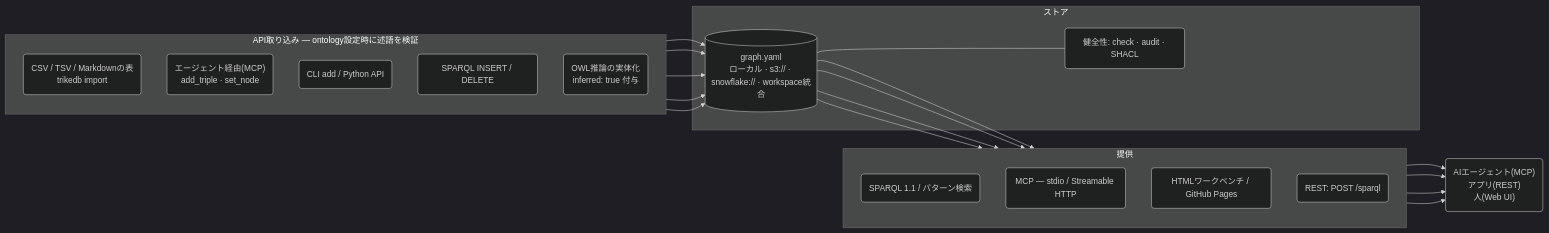
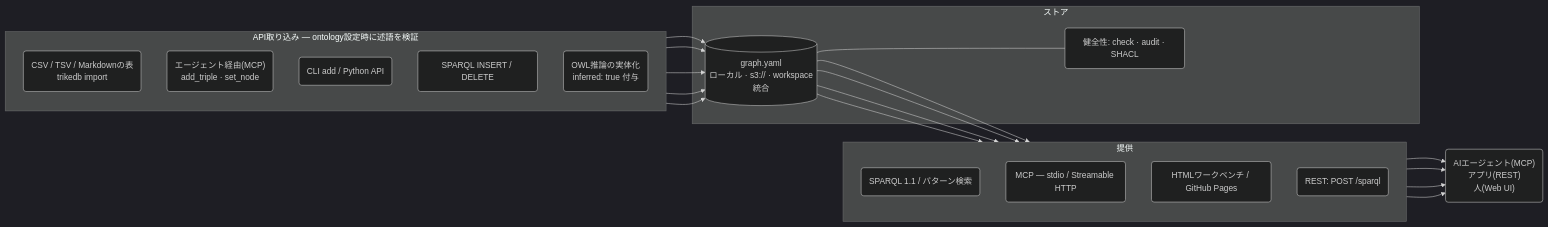
The first of 2 diagrams in docs/REFERENCE_jp.md (RyutoYoda/trikedb), drawn with Mermaid (dark theme) before and after one commit. The commit also changed other lines of this file and 53 other files, not shown here.

First line of the commit message:
Remove warehouse graph-document storage (#65)

````diff
--- a/docs/REFERENCE_jp.md
+++ b/docs/REFERENCE_jp.md
@@ -21,41 +21,41 @@
 ```mermaid
 flowchart LR
     subgraph ingest["API取り込み — ontology設定時に述語を検証"]
         direction TB
         I1("CSV / TSV / Markdownの表<br/>trikedb import")
         I2("エージェント経由(MCP)<br/>add_triple · set_node")
         I3("CLI add / Python API")
         I4("SPARQL INSERT / DELETE")
         I5("OWL推論の実体化<br/>inferred: true 付与")
     end
 
     subgraph store["ストア"]
-        Y[("graph.yaml<br/>ローカル · s3:// · snowflake:// · workspace統合")]
+        Y[("graph.yaml<br/>ローカル · s3:// · workspace統合")]
         H("健全性: check · audit · SHACL")
     end
 
     subgraph serve["提供"]
         direction TB
         S1("SPARQL 1.1 / パターン検索")
         S2("MCP — stdio / Streamable HTTP")
         S3("HTMLワークベンチ / GitHub Pages")
         S4("REST: POST /sparql")
     end
 
     C("AIエージェント(MCP)<br/>アプリ(REST)<br/>人(Web UI)")
 
     I1 --> Y
     I2 --> Y
     I3 --> Y
     I4 --> Y
     I5 --> Y
     Y --- H
     Y --> S1
     Y --> S2
     Y --> S3
     Y --> S4
     S1 --> C
     S2 --> C
     S3 --> C
     S4 --> C
 ```
````
